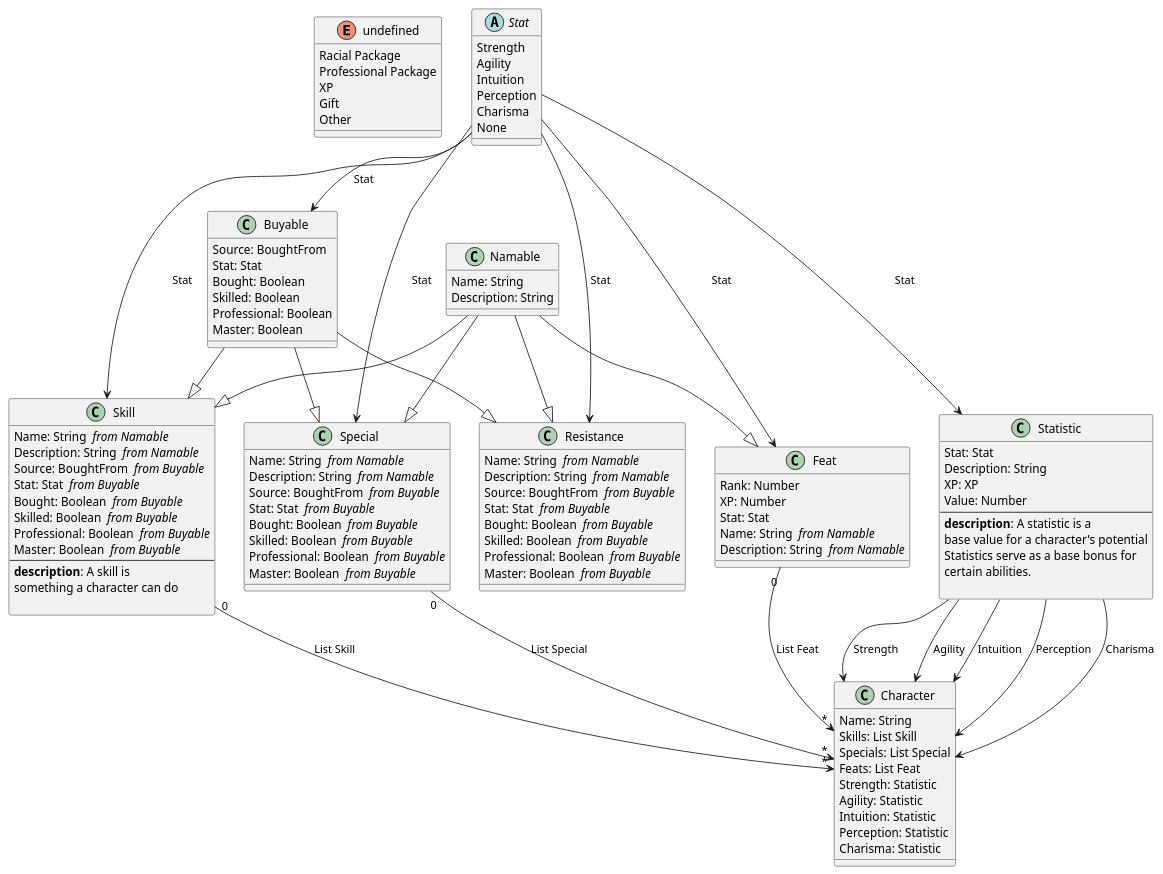
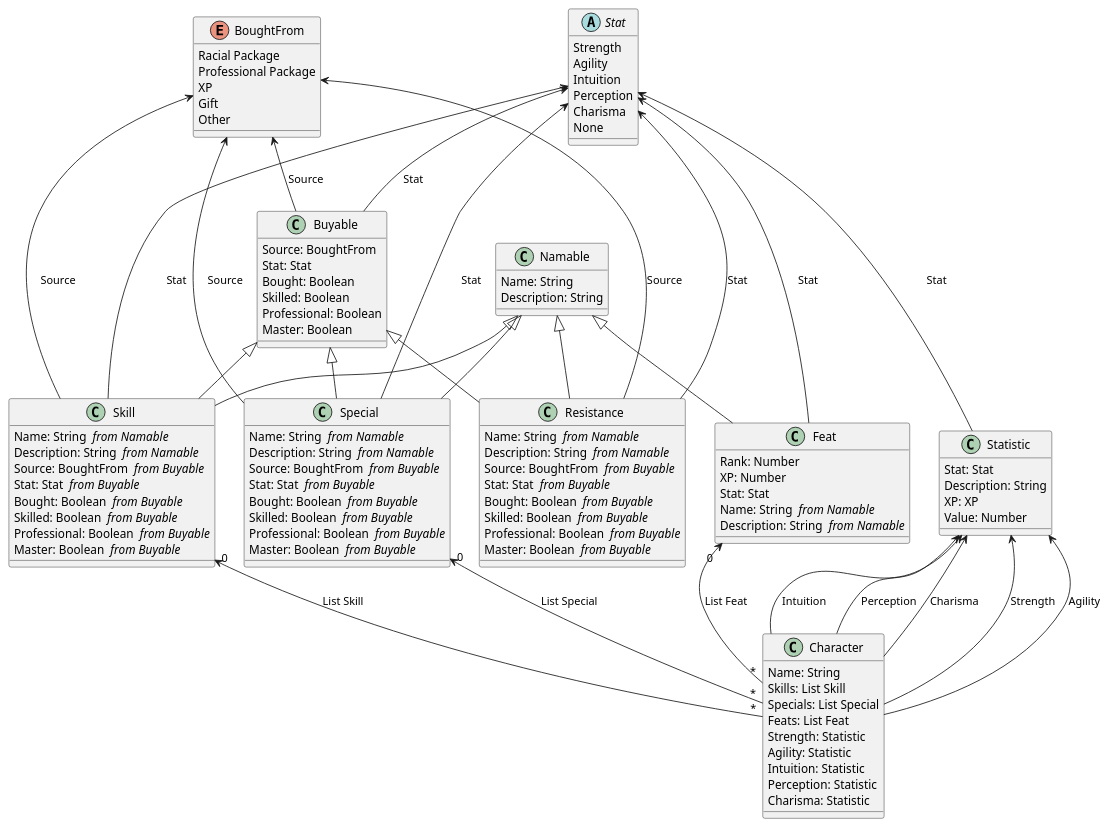
Before and after one commit to Baudin999/car-lang: the diagram in Examples/.out/v0.0.1/Aria/Aria.puml, drawn with PlantUML. The commit also changed 29 other files, not shown here.

```diff
--- a/Examples/.out/v0.0.1/Aria/Aria.puml
+++ b/Examples/.out/v0.0.1/Aria/Aria.puml
@@ -1,112 +1,106 @@
-enum undefined {
+enum BoughtFrom {
 	Racial Package
 	Professional Package
 	XP
 	Gift
 	Other
 }
 abstract "Stat" as Stat {
 	Strength 
 	Agility 
 	Intuition 
 	Perception 
 	Charisma 
 	None 
 }
 class "Namable" as Namable  {
 	Name: String 
 	Description: String 
 }
 class "Buyable" as Buyable  {
 	Source: BoughtFrom 
 	Stat: Stat 
 	Bought: Boolean 
 	Skilled: Boolean 
 	Professional: Boolean 
 	Master: Boolean 
 }
-Stat --> Buyable : Stat
+BoughtFrom <-- Buyable : Source
+Stat <-- Buyable : Stat
 class "Skill " as Skill  {
 	Name: String  <i>from Namable</i>
 	Description: String  <i>from Namable</i>
 	Source: BoughtFrom  <i>from Buyable</i>
 	Stat: Stat  <i>from Buyable</i>
 	Bought: Boolean  <i>from Buyable</i>
 	Skilled: Boolean  <i>from Buyable</i>
 	Professional: Boolean  <i>from Buyable</i>
 	Master: Boolean  <i>from Buyable</i>
---
-  <b>description</b>: A skill is
- something a character can do
-    
 }
-Stat --> Skill : Stat
-Namable --|> Skill
-Buyable --|> Skill
+BoughtFrom <-- Skill : Source
+Stat <-- Skill : Stat
+Namable <|-- Skill
+Buyable <|-- Skill
 class "Resistance " as Resistance  {
 	Name: String  <i>from Namable</i>
 	Description: String  <i>from Namable</i>
 	Source: BoughtFrom  <i>from Buyable</i>
 	Stat: Stat  <i>from Buyable</i>
 	Bought: Boolean  <i>from Buyable</i>
 	Skilled: Boolean  <i>from Buyable</i>
 	Professional: Boolean  <i>from Buyable</i>
 	Master: Boolean  <i>from Buyable</i>
 }
-Stat --> Resistance : Stat
-Namable --|> Resistance
-Buyable --|> Resistance
+BoughtFrom <-- Resistance : Source
+Stat <-- Resistance : Stat
+Namable <|-- Resistance
+Buyable <|-- Resistance
 class "Special " as Special  {
 	Name: String  <i>from Namable</i>
 	Description: String  <i>from Namable</i>
 	Source: BoughtFrom  <i>from Buyable</i>
 	Stat: Stat  <i>from Buyable</i>
 	Bought: Boolean  <i>from Buyable</i>
 	Skilled: Boolean  <i>from Buyable</i>
 	Professional: Boolean  <i>from Buyable</i>
 	Master: Boolean  <i>from Buyable</i>
 }
-Stat --> Special : Stat
-Namable --|> Special
-Buyable --|> Special
+BoughtFrom <-- Special : Source
+Stat <-- Special : Stat
+Namable <|-- Special
+Buyable <|-- Special
 class "Feat " as Feat  {
 	Rank: Number 
 	XP: Number 
 	Stat: Stat 
 	Name: String  <i>from Namable</i>
 	Description: String  <i>from Namable</i>
 }
-Stat --> Feat : Stat
-Namable --|> Feat
+Stat <-- Feat : Stat
+Namable <|-- Feat
 class "Statistic" as Statistic  {
 	Stat: Stat 
 	Description: String 
 	XP: XP 
 	Value: Number 
---
-  <b>description</b>: A statistic is a
- base value for a character's potential
- Statistics serve as a base bonus for
- certain abilities.
-    
 }
-Stat --> Statistic : Stat
+Stat <-- Statistic : Stat
 class "Character" as Character  {
 	Name: String 
 	Skills: List Skill
 	Specials: List Special
 	Feats: List Feat
 	Strength: Statistic 
 	Agility: Statistic 
 	Intuition: Statistic 
 	Perception: Statistic 
 	Charisma: Statistic 
 }
-Statistic --> Character : Strength
-Statistic --> Character : Agility
-Statistic --> Character : Intuition
-Statistic --> Character : Perception
-Statistic --> Character : Charisma
-Skill "0" --> "*" Character : List Skill
-Special "0" --> "*" Character : List Special
-Feat "0" --> "*" Character : List Feat
+Statistic <-- Character : Strength
+Statistic <-- Character : Agility
+Statistic <-- Character : Intuition
+Statistic <-- Character : Perception
+Statistic <-- Character : Charisma
+Skill "0" <-- "*" Character : List Skill
+Special "0" <-- "*" Character : List Special
+Feat "0" <-- "*" Character : List Feat
```
